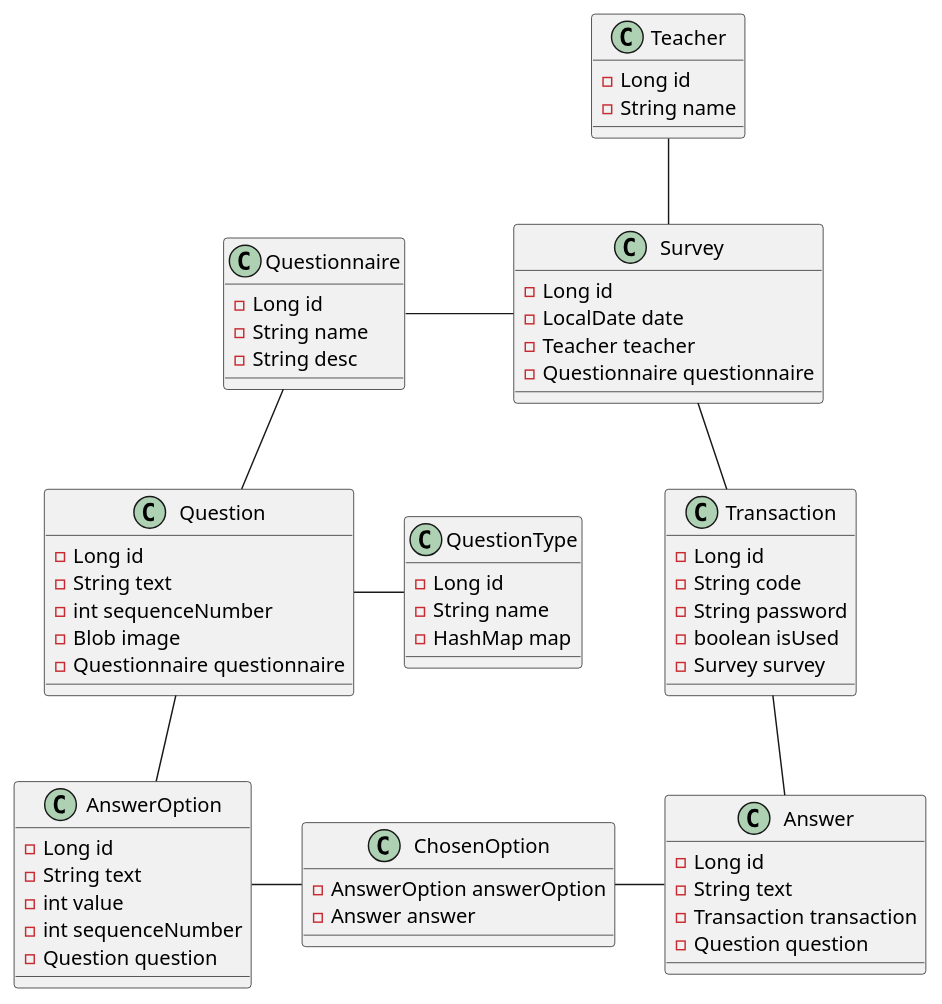
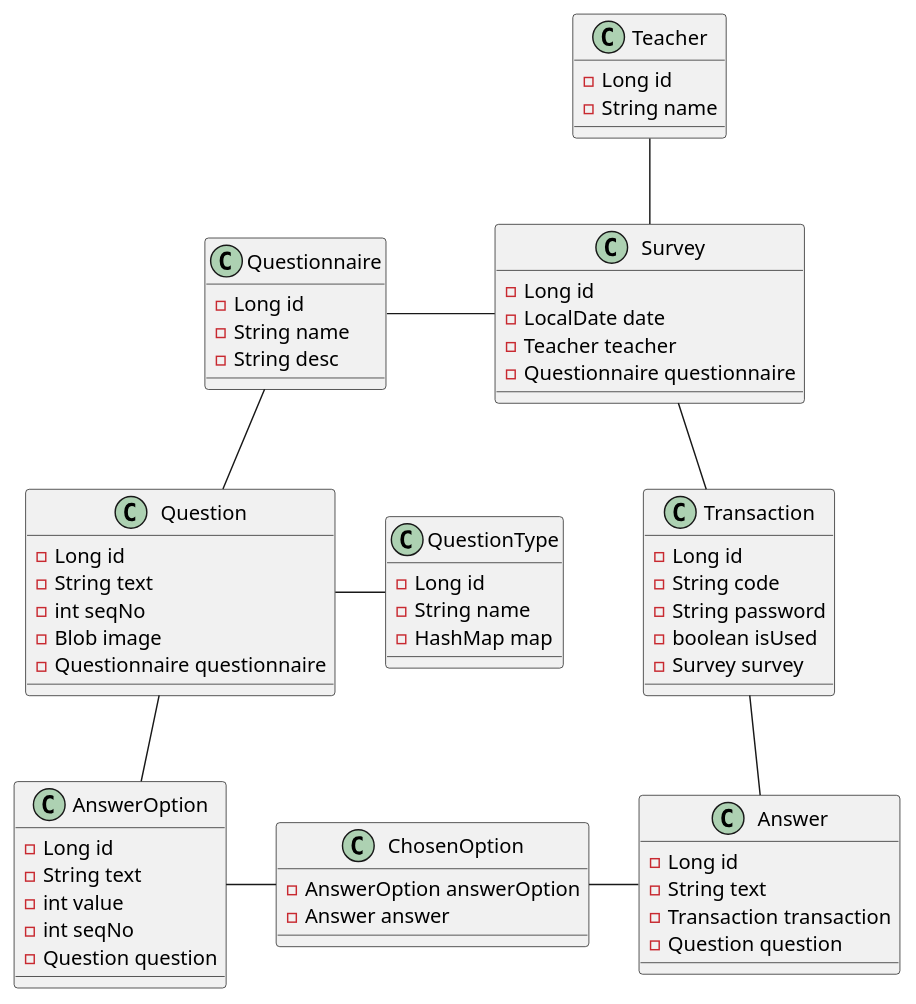
Before and after one commit to htl-leonding-project/questionz: the diagram in asciidocs/ClassDiagram.puml, drawn with PlantUML. The commit also changed 2 other files, not shown here.

Commit message:
fixed CLD and ERD

```diff
--- a/asciidocs/ClassDiagram.puml
+++ b/asciidocs/ClassDiagram.puml
@@ -1,83 +1,83 @@
 @startuml
 
 class Teacher {
 - Long id
 - String name
 
 }
 
 class Survey {
 - Long id
 - LocalDate date
 - Teacher teacher
 - Questionnaire questionnaire
 
 }
 
 class Questionnaire {
 - Long id
 - String name
 - String desc
 }
 
 class Question {
 - Long id
 - String text
-- int sequenceNumber
+- int seqNo
 - Blob image
 - Questionnaire questionnaire
 
 
 }
 
 class QuestionType {
 - Long id
 - String name
 - HashMap map
 }
 
 class AnswerOption {
 - Long id
 - String text
 - int value
-- int sequenceNumber
+- int seqNo
 - Question question
 
 }
 
 class ChosenOption {
 - AnswerOption answerOption
 - Answer answer
 
 }
 
 class Answer {
 - Long id
 - String text
 - Transaction transaction
 - Question question
 
 }
 
 class Transaction {
 - Long id
 - String code
 - String password
 - boolean isUsed
 - Survey survey
 
 
 }
 
 Teacher -down- Survey
 Survey -left- Questionnaire
 Questionnaire -- Question
 Question -left- QuestionType
 Question -- AnswerOption
 AnswerOption -right- ChosenOption
 ChosenOption  -right- Answer
 Answer -up- Transaction
 Survey -- Transaction
 
 
 @enduml
```
